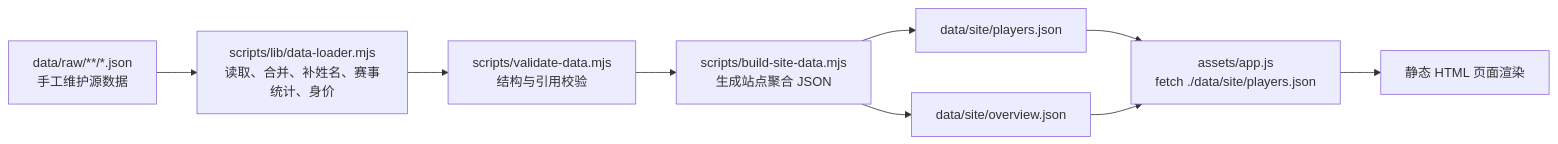
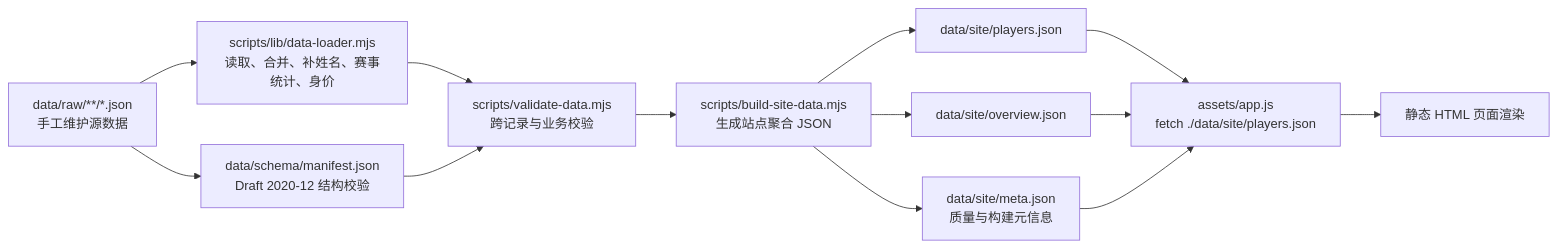
One commit to pacoxu/football-research-sandbox changed the first of 2 diagrams in docs/data-flow.md. Above: the diagram before and after it, drawn with Mermaid. The commit also changed other lines of this file and 43 other files, not shown here.

````diff
--- a/docs/data-flow.md
+++ b/docs/data-flow.md
@@ -9,11 +9,15 @@
 ```mermaid
 flowchart LR
   Raw["data/raw/**/*.json<br/>手工维护源数据"] --> Loader["scripts/lib/data-loader.mjs<br/>读取、合并、补姓名、赛事统计、身价"]
-  Loader --> Validate["scripts/validate-data.mjs<br/>结构与引用校验"]
+  Raw --> Schema["data/schema/manifest.json<br/>Draft 2020-12 结构校验"]
+  Loader --> Validate["scripts/validate-data.mjs<br/>跨记录与业务校验"]
+  Schema --> Validate
   Validate --> Build["scripts/build-site-data.mjs<br/>生成站点聚合 JSON"]
   Build --> SitePlayers["data/site/players.json"]
   Build --> SiteOverview["data/site/overview.json"]
+  Build --> SiteMeta["data/site/meta.json<br/>质量与构建元信息"]
   SitePlayers --> Browser["assets/app.js<br/>fetch ./data/site/players.json"]
   SiteOverview --> Browser
+  SiteMeta --> Browser
   Browser --> Pages["静态 HTML 页面渲染"]
 ```
````
